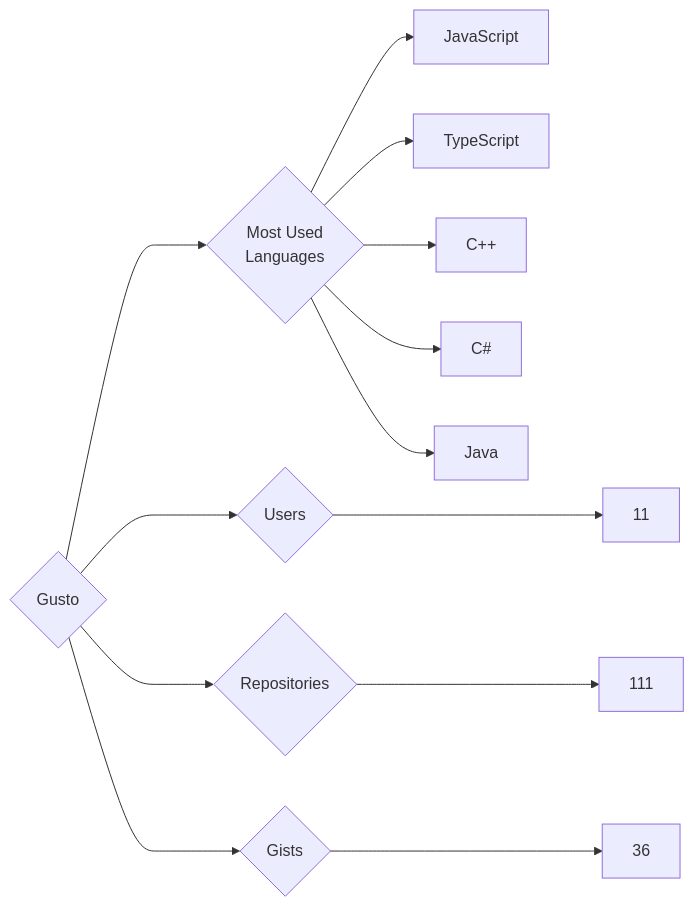
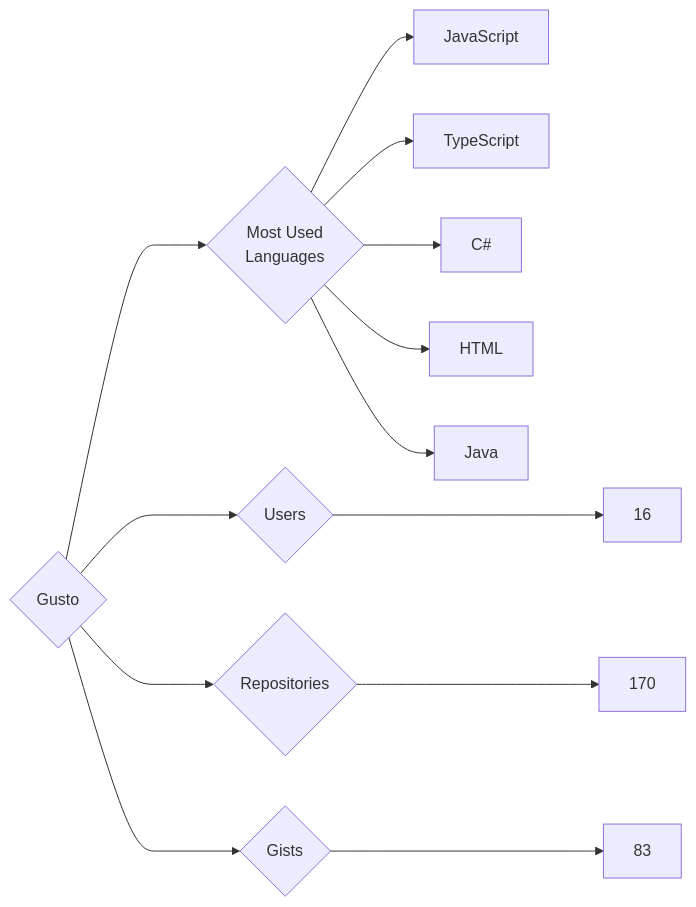
The diagram in targets/Gusto/README.md (trickest/insiders), drawn with Mermaid before and after one commit. The commit also changed 723 other files, not shown here.

````diff
--- a/targets/Gusto/README.md
+++ b/targets/Gusto/README.md
@@ -3,13 +3,13 @@
 ```mermaid
 graph LR
 COMPANY_NAME{Gusto}
-COMPANY_NAME ---> U{Users} ---> UN[11]
-COMPANY_NAME ---> R{Repositories} ---> RN[111]
-COMPANY_NAME ---> G{Gists} ---> GN[36]
+COMPANY_NAME ---> U{Users} ---> UN[16]
+COMPANY_NAME ---> R{Repositories} ---> RN[170]
+COMPANY_NAME ---> G{Gists} ---> GN[83]
 COMPANY_NAME ---> ML{Most Used<br>Languages}
 ML --> JavaScript[JavaScript]
 ML --> TypeScript[TypeScript]
-ML --> C++[C++]
 ML --> C#[C#]
+ML --> HTML[HTML]
 ML --> Java[Java]
 ```
````
